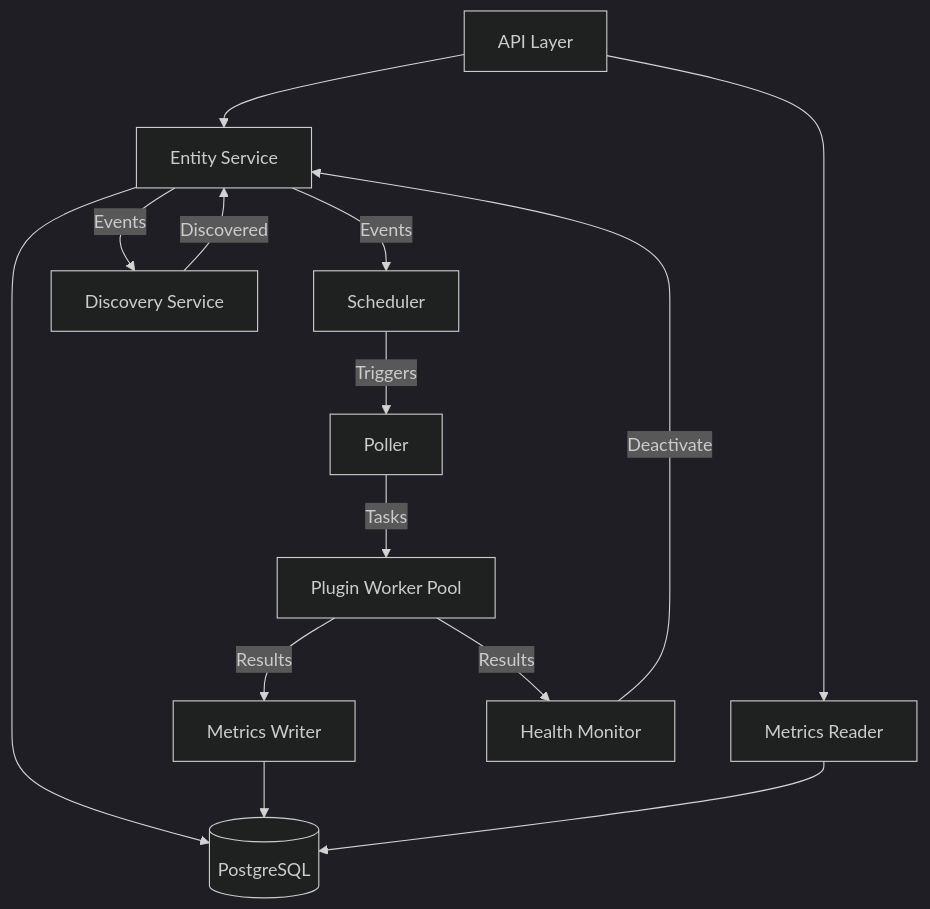
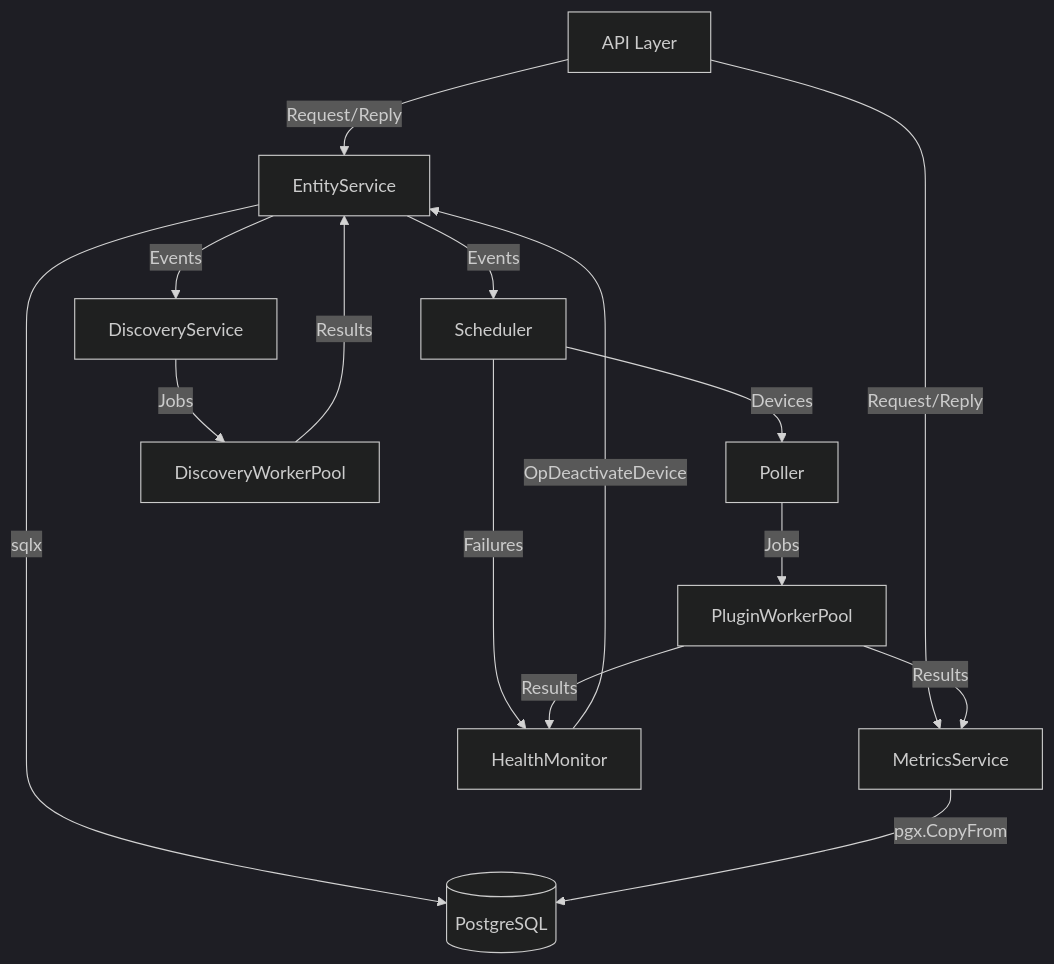
Before and after one commit to PremModhaOfficial/nms: the diagram in ARCHITECTURE.md, drawn with Mermaid (dark theme). The commit also changed other lines of this file and 10 other files, not shown here.

Commit message:
unify the metrics service

````diff
--- a/ARCHITECTURE.md
+++ b/ARCHITECTURE.md
@@ -11,20 +9,21 @@
 ```mermaid
 graph TD
-    API[API Layer] --> ES[Entity Service]
-    API --> MR[Metrics Reader]
+    API[API Layer] -->|Request/Reply| ES[EntityService]
+    API -->|Request/Reply| MS[MetricsService]
     
-    ES --> DB[(PostgreSQL)]
-    ES -- Events --> S[Scheduler]
-    ES -- Events --> DS[Discovery Service]
+    ES -->|sqlx| DB[(PostgreSQL)]
+    ES -->|Events| S[Scheduler]
+    ES -->|Events| DS[DiscoveryService]
     
-    S -- Triggers --> P[Poller]
-    P -- Tasks --> PW[Plugin Worker Pool]
-    PW -- Results --> MW[Metrics Writer]
-    PW -- Results --> HM[Health Monitor]
+    S -->|Devices| P[Poller]
+    S -->|Failures| HM[HealthMonitor]
+    P -->|Jobs| PW[PluginWorkerPool]
+    PW -->|Results| MS
+    PW -->|Results| HM
     
-    MW --> DB
-    MR --> DB
-    HM -- Deactivate --> ES
+    MS -->|pgx.CopyFrom| DB
+    HM -->|OpDeactivateDevice| ES
     
-    DS -- Discovered --> ES
+    DS -->|Jobs| DW[DiscoveryWorkerPool]
+    DW -->|Results| ES
 ```
````
